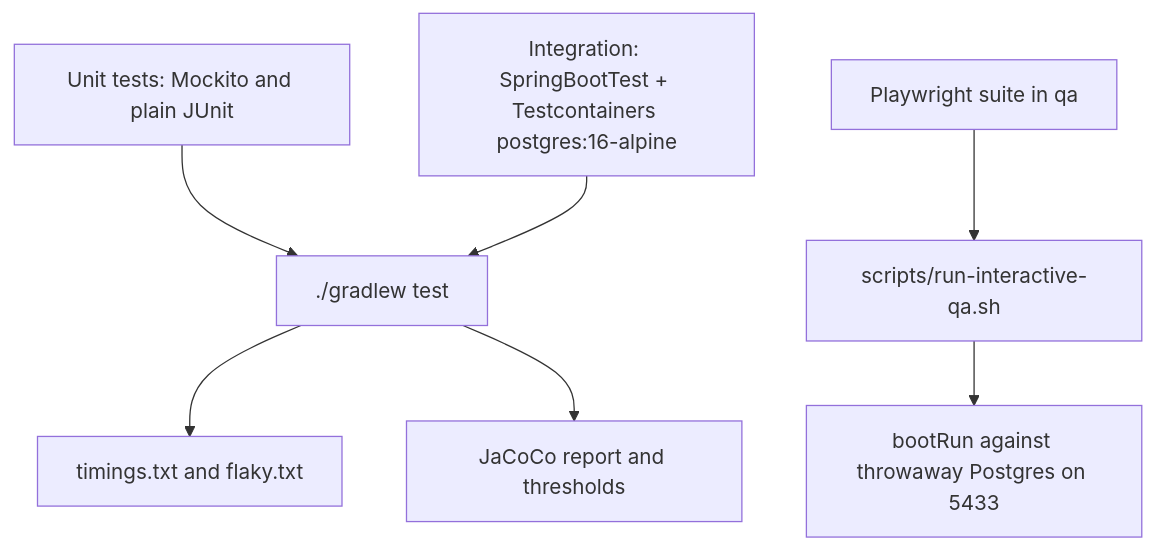
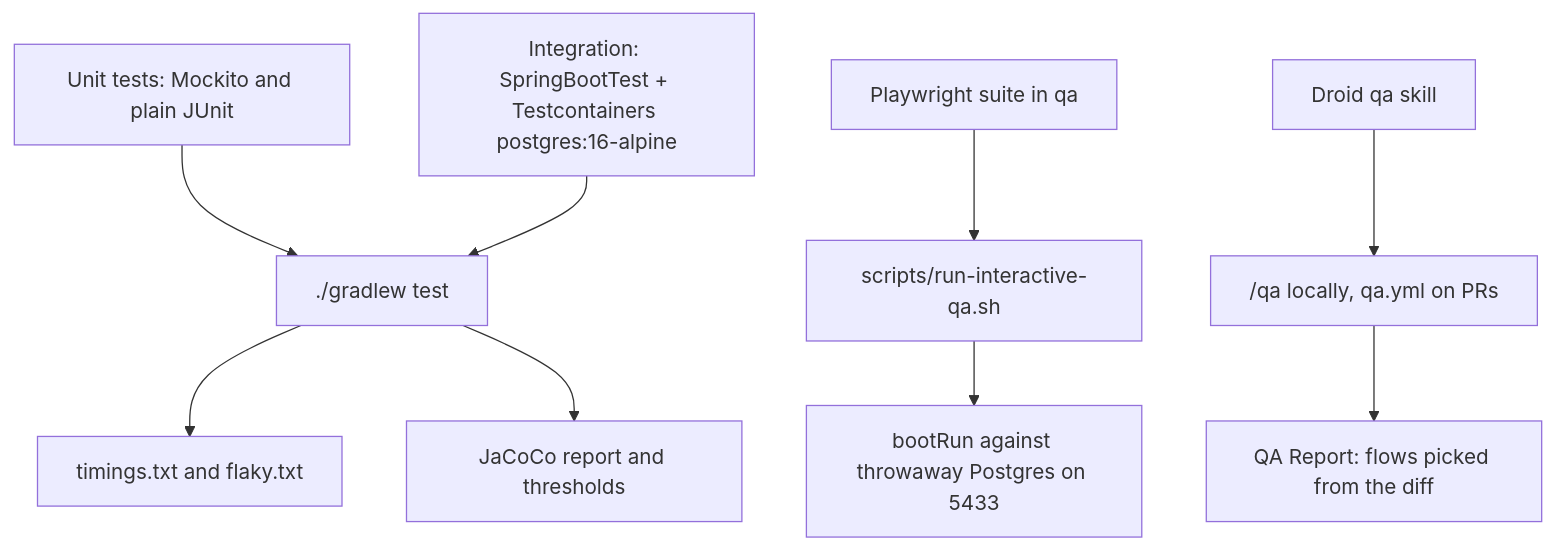
Before and after one commit to factory-aj-pahl/mockingbird-bank: the diagram in droid-wiki/how-to-contribute/testing.md, drawn with Mermaid. The commit also changed other lines of this file and 21 other files, not shown here.

````diff
--- a/droid-wiki/how-to-contribute/testing.md
+++ b/droid-wiki/how-to-contribute/testing.md
@@ -7,9 +7,11 @@
 ```mermaid
 graph TD
     A["Unit tests: Mockito and plain JUnit"] --> B["./gradlew test"]
     C["Integration: SpringBootTest + Testcontainers postgres:16-alpine"] --> B
     B --> D["timings.txt and flaky.txt"]
     B --> E["JaCoCo report and thresholds"]
     F["Playwright suite in qa"] --> G["scripts/run-interactive-qa.sh"]
     G --> H["bootRun against throwaway Postgres on 5433"]
+    Q["Droid qa skill"] --> R["/qa locally, qa.yml on PRs"]
+    R --> S["QA Report: flows picked from the diff"]
 ```
````
